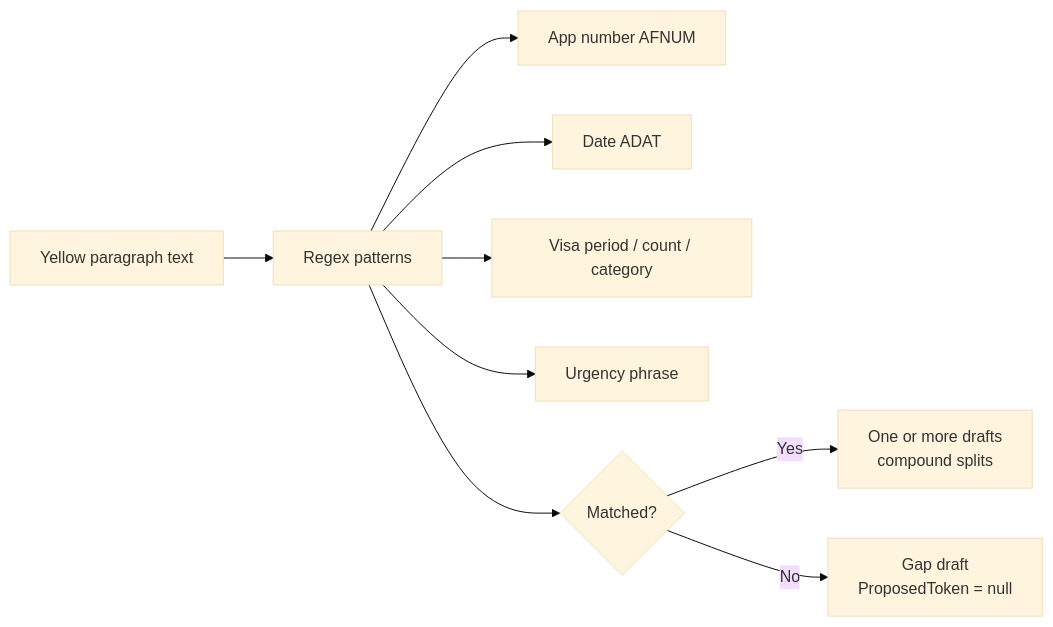
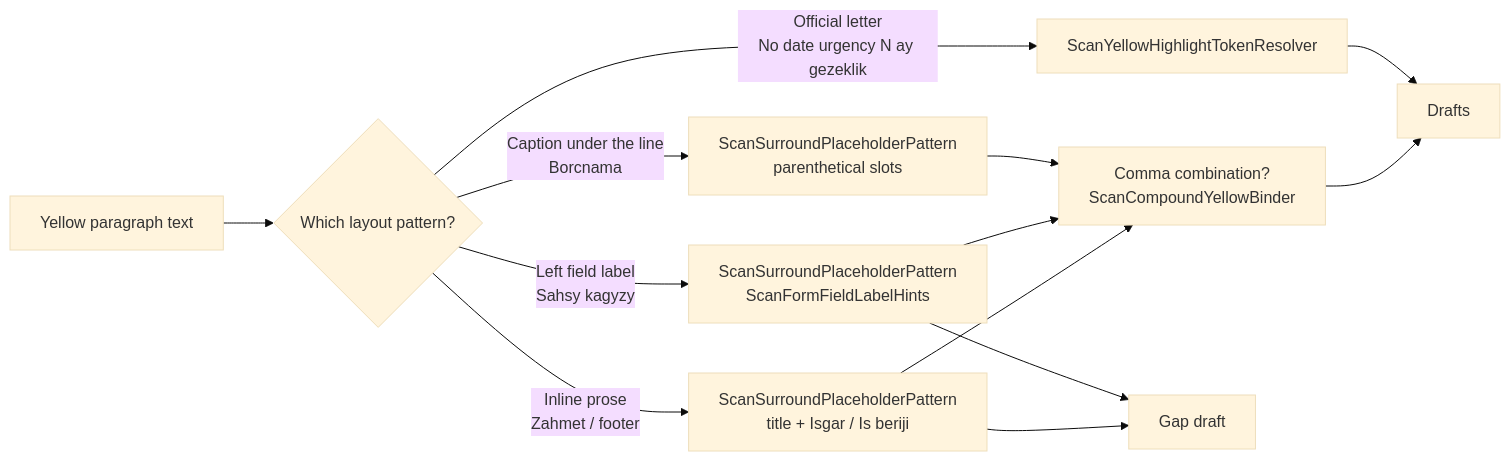
The diagram in docs/diagrams/template-scan-placeholder-guessing/word-local-rules.mmd (webapis/Visa2026), drawn with Mermaid (base theme) before and after one commit. The commit also changed other lines of this file and 45 other files, not shown here.

```diff
--- a/docs/diagrams/template-scan-placeholder-guessing/word-local-rules.mmd
+++ b/docs/diagrams/template-scan-placeholder-guessing/word-local-rules.mmd
@@ -1,9 +1,13 @@
 flowchart LR
-    W["Yellow paragraph text"] --> R["Regex patterns"]
-    R --> R1["App number AFNUM"]
-    R --> R2["Date ADAT"]
-    R --> R3["Visa period / count / category"]
-    R --> R4["Urgency phrase"]
-    R --> U{Matched?}
-    U -->|Yes| T["One or more drafts<br/>compound splits"]
-    U -->|No| G["Gap draft<br/>ProposedToken = null"]
+    W["Yellow paragraph text"] --> L{"Which layout pattern?"}
+    L -->|"Official letter<br/>No date urgency N ay gezeklik"| R["ScanYellowHighlightTokenResolver"]
+    L -->|"Caption under the line<br/>Borcnama"| C1["ScanSurroundPlaceholderPattern<br/>parenthetical slots"]
+    L -->|"Left field label<br/>Sahsy kagyzy"| C2["ScanSurroundPlaceholderPattern<br/>ScanFormFieldLabelHints"]
+    L -->|"Inline prose<br/>Zahmet / footer"| C3["ScanSurroundPlaceholderPattern<br/>title + Isgar / Is beriji"]
+    R --> T["Drafts"]
+    C1 --> X["Comma combination?<br/>ScanCompoundYellowBinder"]
+    C2 --> X
+    C3 --> X
+    X --> T
+    C2 --> G["Gap draft"]
+    C3 --> G
```
